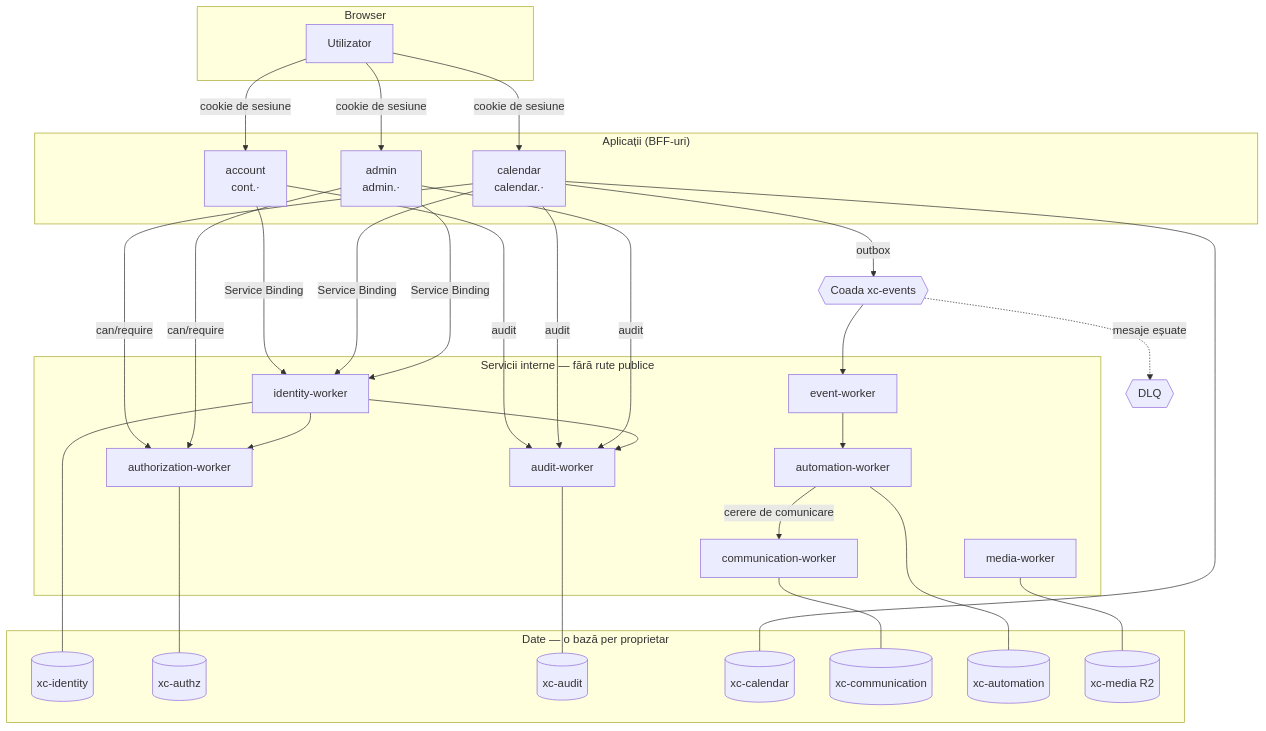
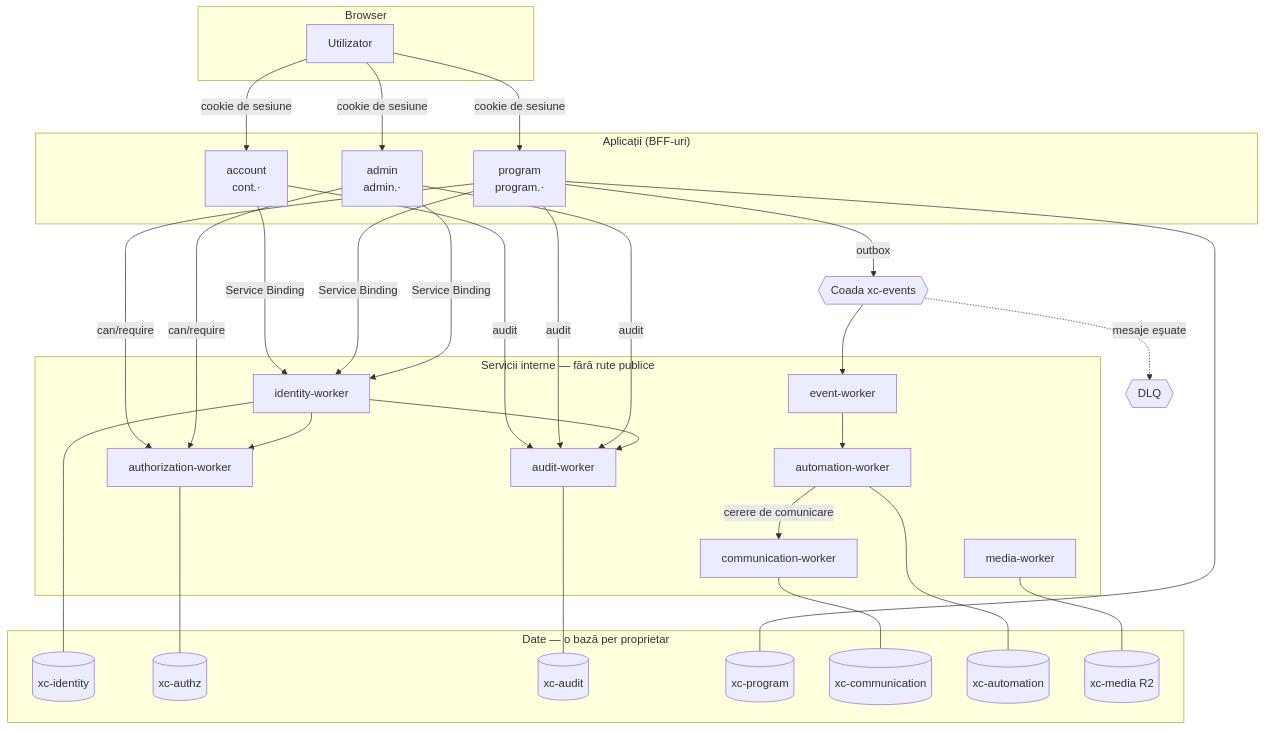
The diagram in docs/architecture/overview.md (rubikmm/biserica-platforma-v2), drawn with Mermaid before and after one commit. The commit also changed other lines of this file and 31 other files, not shown here.

First line of the commit message:
Pilotul se numeste program, nu calendar

````diff
--- a/docs/architecture/overview.md
+++ b/docs/architecture/overview.md
@@ -12,56 +12,56 @@
 ```mermaid
 flowchart TB
   subgraph Browser
     B[Utilizator]
   end
 
   subgraph Aplicatii["Aplicații (BFF-uri)"]
     ACC[account<br/>cont.·]
-    CAL[calendar<br/>calendar.·]
+    PRG[program<br/>program.·]
     ADM[admin<br/>admin.·]
   end
 
   subgraph Servicii["Servicii interne — fără rute publice"]
     ID[identity-worker]
     AZ[authorization-worker]
     AU[audit-worker]
     EV[event-worker]
     AT[automation-worker]
     CM[communication-worker]
     MD[media-worker]
   end
 
   subgraph Date["Date — o bază per proprietar"]
     DID[(xc-identity)]
     DAZ[(xc-authz)]
     DAU[(xc-audit)]
-    DCA[(xc-calendar)]
+    DPR[(xc-program)]
     DCM[(xc-communication)]
     DAT[(xc-automation)]
     R2[(xc-media R2)]
   end
 
   Q{{Coada xc-events}}
   DLQ{{DLQ}}
 
-  B -->|cookie de sesiune| ACC & CAL & ADM
-  ACC & CAL & ADM -->|Service Binding| ID
-  CAL & ADM -->|can/require| AZ
-  ACC & CAL & ADM -->|audit| AU
+  B -->|cookie de sesiune| ACC & PRG & ADM
+  ACC & PRG & ADM -->|Service Binding| ID
+  PRG & ADM -->|can/require| AZ
+  ACC & PRG & ADM -->|audit| AU
   ID --> AZ
   ID --> AU
 
-  CAL -->|outbox| Q
+  PRG -->|outbox| Q
   Q --> EV
   EV --> AT
   AT -->|cerere de comunicare| CM
   Q -.mesaje eșuate.-> DLQ
 
   ID --- DID
   AZ --- DAZ
   AU --- DAU
-  CAL --- DCA
+  PRG --- DPR
   CM --- DCM
   AT --- DAT
   MD --- R2
 ```
````
